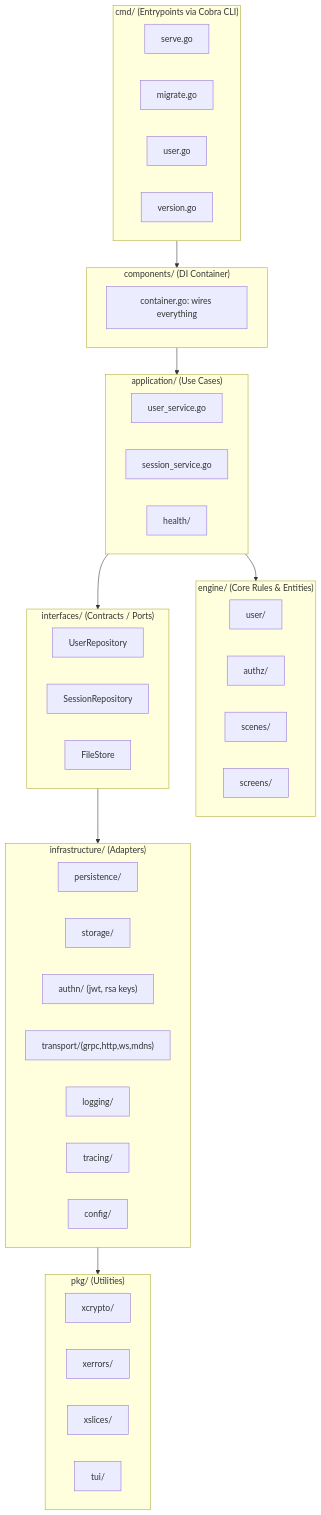
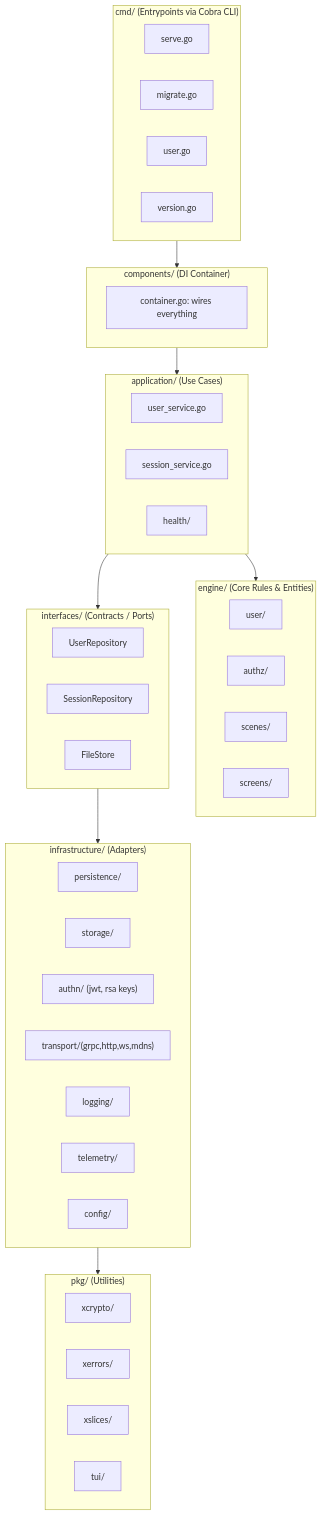
The diagram in server/docs/project-structure.md (DaanV2/mechanus), drawn with Mermaid before and after one commit. The commit also changed other lines of this file and 20 other files, not shown here.

Commit message:
refactor: renaming tracing to telemetry

````diff
--- a/server/docs/project-structure.md
+++ b/server/docs/project-structure.md
@@ -3,56 +3,56 @@
 ```mermaid
 flowchart TD
     subgraph Engine["engine/ (Core Rules & Entities)"]
         U["user/"]
         A["authz/"]
         Scn["scenes/"]
         Scr["screens/"]
     end
 
     subgraph Application["application/ (Use Cases)"]
         US["user_service.go"]
         SS["session_service.go"]
         HC["health/"]
     end
 
     subgraph Interfaces["interfaces/ (Contracts / Ports)"]
         R1["UserRepository"]
         R2["SessionRepository"]
         FS["FileStore"]
     end
 
     subgraph Infrastructure["infrastructure/ (Adapters)"]
         PER["persistence/"]
         ST["storage/"]
         AUTHN["authn/ (jwt, rsa keys)"]
         T["transport/(grpc,http,ws,mdns)"]
         LG["logging/"]
-        TR["tracing/"]
+        TR["telemetry/"]
         CFG["config/"]
     end
 
     subgraph Components["components/ (DI Container)"]
         C["container.go: wires everything"]
     end
 
     subgraph Cmd["cmd/ (Entrypoints via Cobra CLI)"]
         S["serve.go"]
         M["migrate.go"]
         Uc["user.go"]
         V["version.go"]
     end
 
     subgraph Pkg["pkg/ (Utilities)"]
         X1["xcrypto/"]
         X2["xerrors/"]
         X3["xslices/"]
         X4["tui/"]
     end
 
     Cmd --> Components
     Components --> Application
     Application --> Engine
     Application --> Interfaces
     Interfaces --> Infrastructure
     Infrastructure --> Pkg
 ```
````
